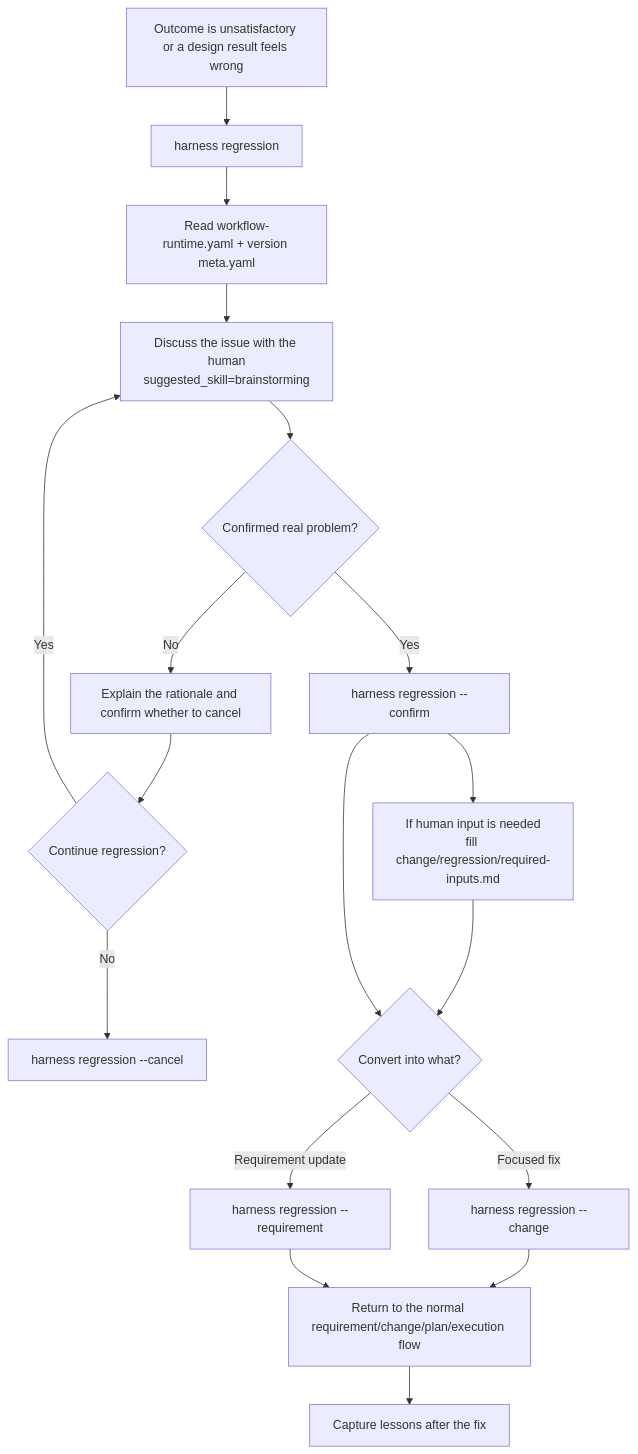
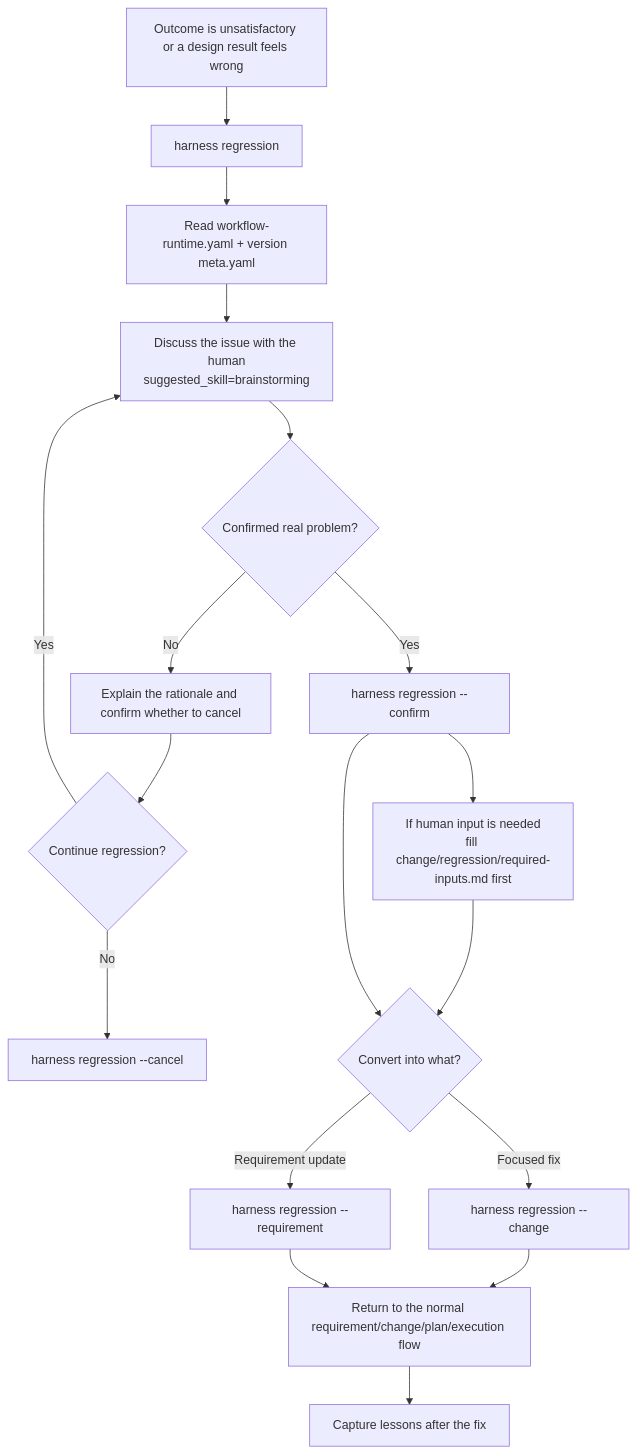
The fourth of 4 diagrams in README.md (togally/harness-workflow), drawn with Mermaid before and after one commit. The commit also changed other lines of this file and 15 other files, not shown here.

Commit message:
Require required-inputs before asking humans

````diff
--- a/README.md
+++ b/README.md
@@ -605,20 +605,20 @@
 ```mermaid
 flowchart TD
     A["Outcome is unsatisfactory or a design result feels wrong"] --> B["harness regression <issue>"]
     B --> C["Read workflow-runtime.yaml + version meta.yaml"]
     C --> D["Discuss the issue with the human<br/>suggested_skill=brainstorming"]
     D --> E{"Confirmed real problem?"}
     E -->|No| F["Explain the rationale and confirm whether to cancel"]
     F --> G{"Continue regression?"}
     G -->|No| H["harness regression --cancel"]
     G -->|Yes| D
     E -->|Yes| I["harness regression --confirm"]
-    I --> I2["If human input is needed<br/>fill change/regression/required-inputs.md"]
+    I --> I2["If human input is needed<br/>fill change/regression/required-inputs.md first"]
     I2 --> J
     I --> J{"Convert into what?"}
     J -->|Focused fix| K["harness regression --change"]
     J -->|Requirement update| L["harness regression --requirement"]
     K --> M["Return to the normal requirement/change/plan/execution flow"]
     L --> M
     M --> N["Capture lessons after the fix"]
 ```
````
